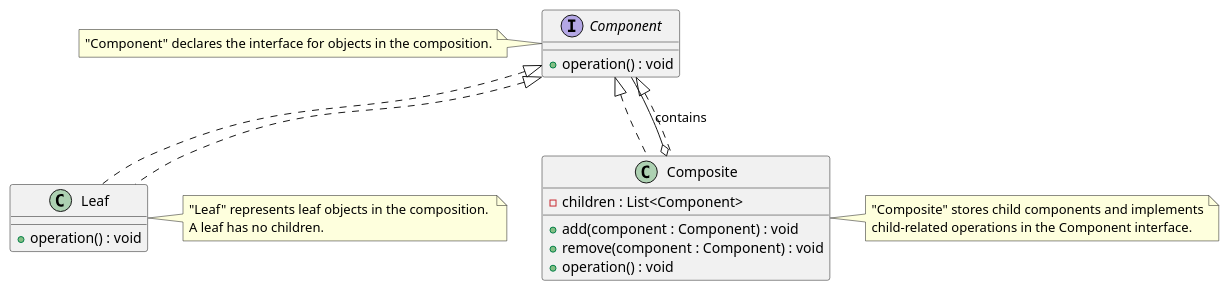
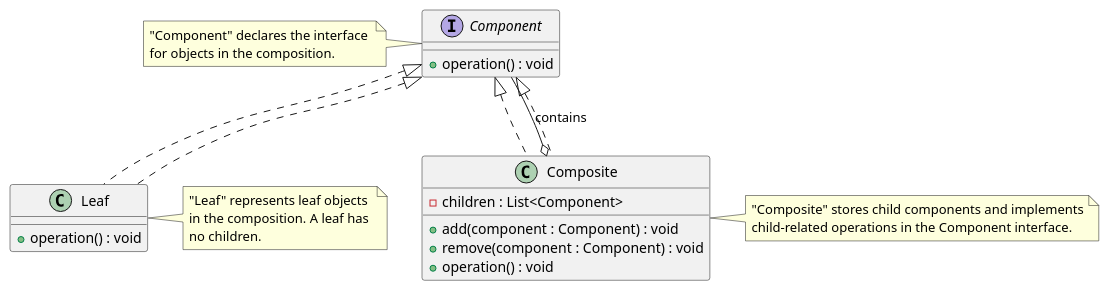
Before and after one commit to Gabriel-SoftwareAG/DesignPatterns: the diagram in Patterns/Manuscript/manuscript/plantUml/composite_class_diagram.plantuml, drawn with PlantUML. The commit also changed 4 other files, not shown here.

```diff
--- a/Patterns/Manuscript/manuscript/plantUml/composite_class_diagram.plantuml
+++ b/Patterns/Manuscript/manuscript/plantUml/composite_class_diagram.plantuml
@@ -1,40 +1,42 @@
 @startuml CompositePatternClassDiagram
 
 ' Define interface for base components
 interface Component {
   +operation() : void
 }
 
 ' Define Leaf
 class Leaf implements Component {
   +operation() : void
 }
 
 ' Define Composite
 class Composite implements Component {
   -children : List<Component>
   +add(component : Component) : void
   +remove(component : Component) : void
   +operation() : void
 }
 
 ' Relations
 Component <|.. Leaf
 Component <|.. Composite
 Composite o-- Component : contains
 
 note left of Component
-  "Component" declares the interface for objects in the composition.
+  "Component" declares the interface 
+  for objects in the composition.
 end note
 
 note right of Leaf
-  "Leaf" represents leaf objects in the composition. 
-  A leaf has no children.
+  "Leaf" represents leaf objects 
+  in the composition. A leaf has 
+  no children.
 end note
 
 note right of Composite
   "Composite" stores child components and implements
   child-related operations in the Component interface.
 end note
 
 @enduml
```
